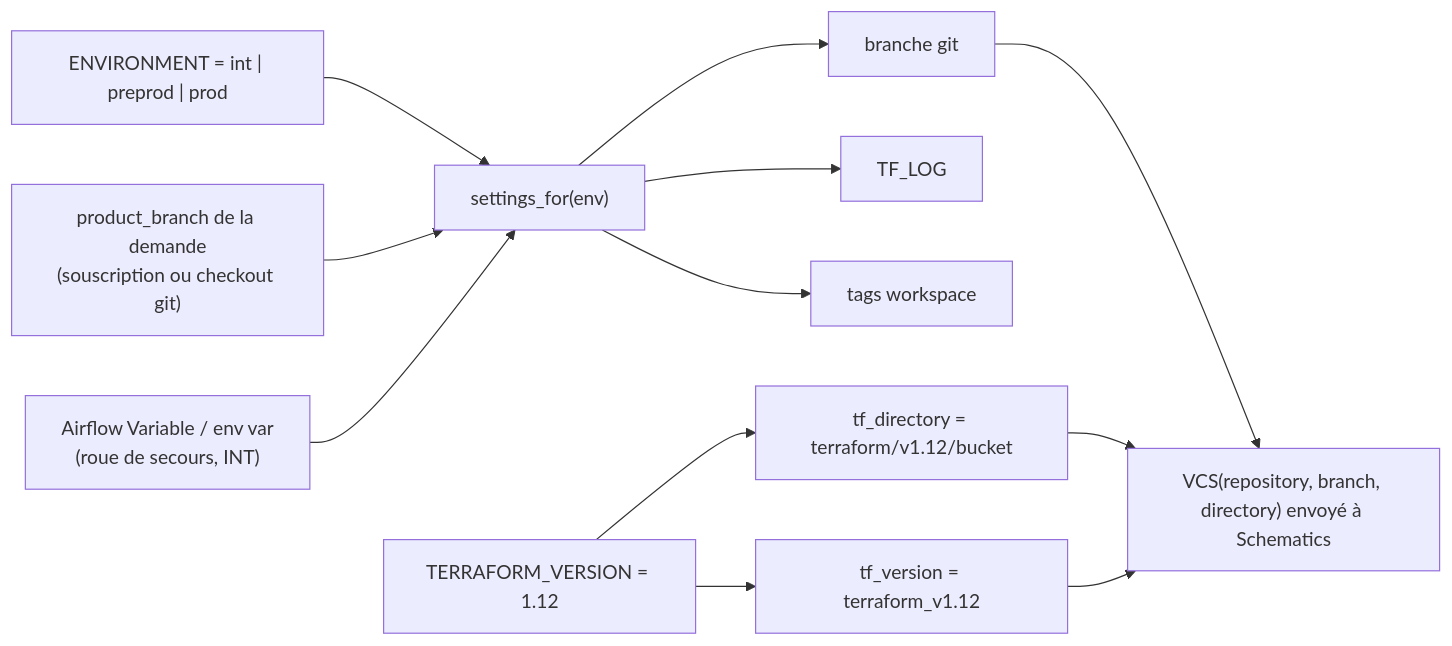
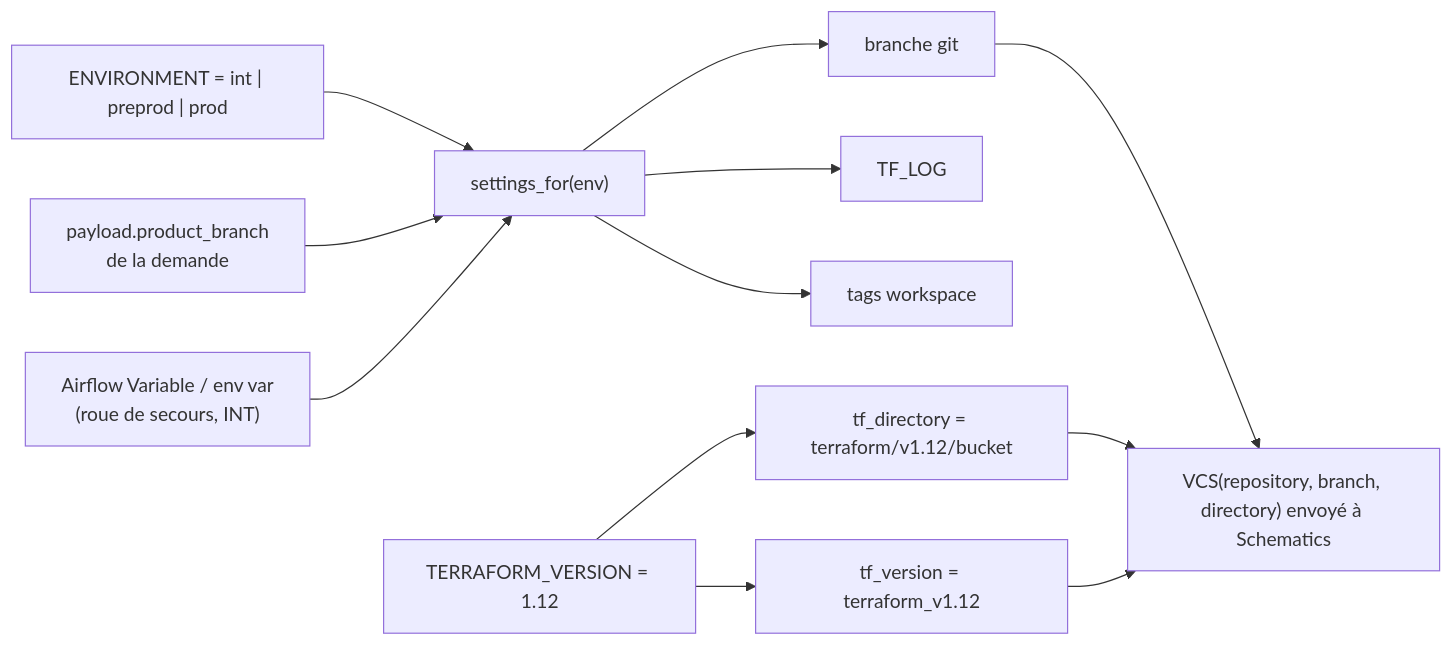
One commit to karimessouabni/cos changed the seventh of 7 diagrams in cos/terraform/README.md. Above: the diagram before and after it, drawn with Mermaid. The commit also changed other lines of this file and 8 other files, not shown here.

First line of the commit message:
schematics_service: take the branch from payload.product_branch

````diff
--- a/cos/terraform/README.md
+++ b/cos/terraform/README.md
@@ -339,12 +338,12 @@
 ```mermaid
 flowchart LR
     ENV["ENVIRONMENT = int | preprod | prod"] --> S["settings_for(env)"]
-    PB["product_branch de la demande<br/>(souscription ou checkout git)"] --> S
+    PB["payload.product_branch<br/>de la demande"] --> S
     S --> BR["branche git"]
     S --> TL["TF_LOG"]
     S --> TG["tags workspace"]
     AV["Airflow Variable / env var<br/>(roue de secours, INT)"] --> S
     TV["TERRAFORM_VERSION = 1.12"] --> DIR["tf_directory = terraform/v1.12/bucket"]
     TV --> LBL["tf_version = terraform_v1.12"]
     BR & DIR & LBL --> VCS["VCS(repository, branch, directory) envoyé à Schematics"]
 ```
````
